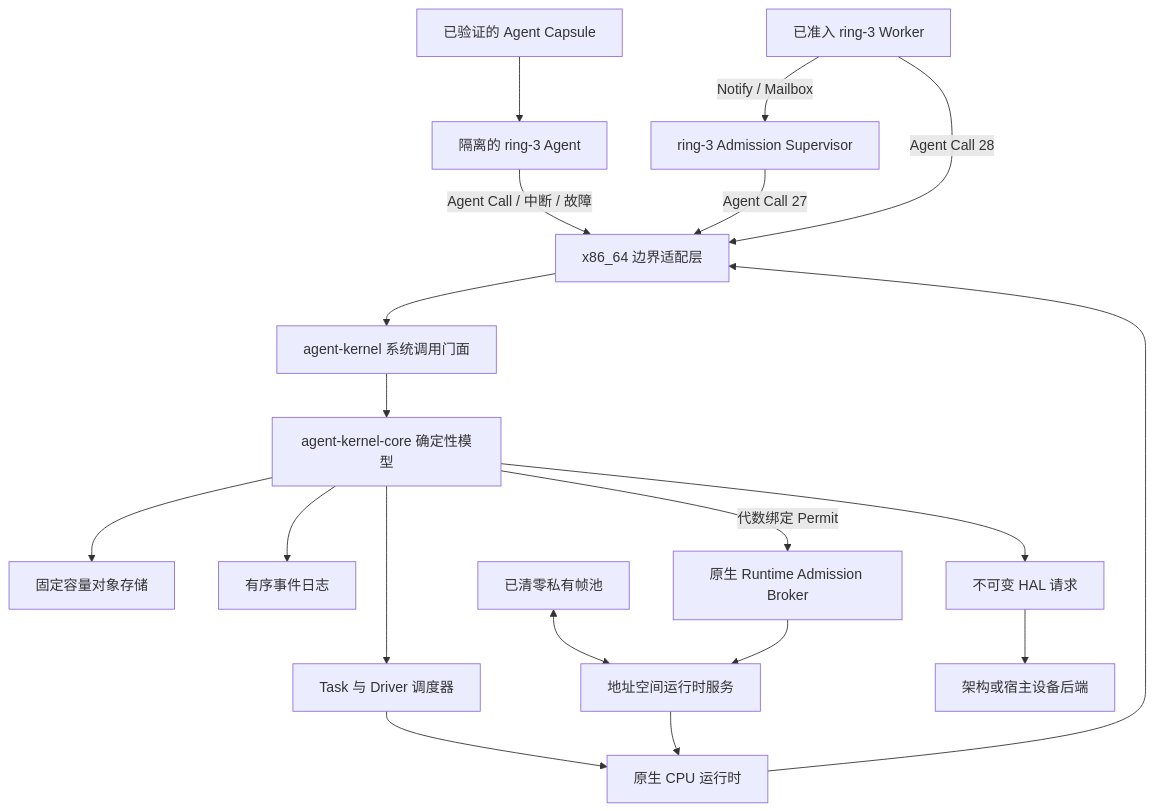
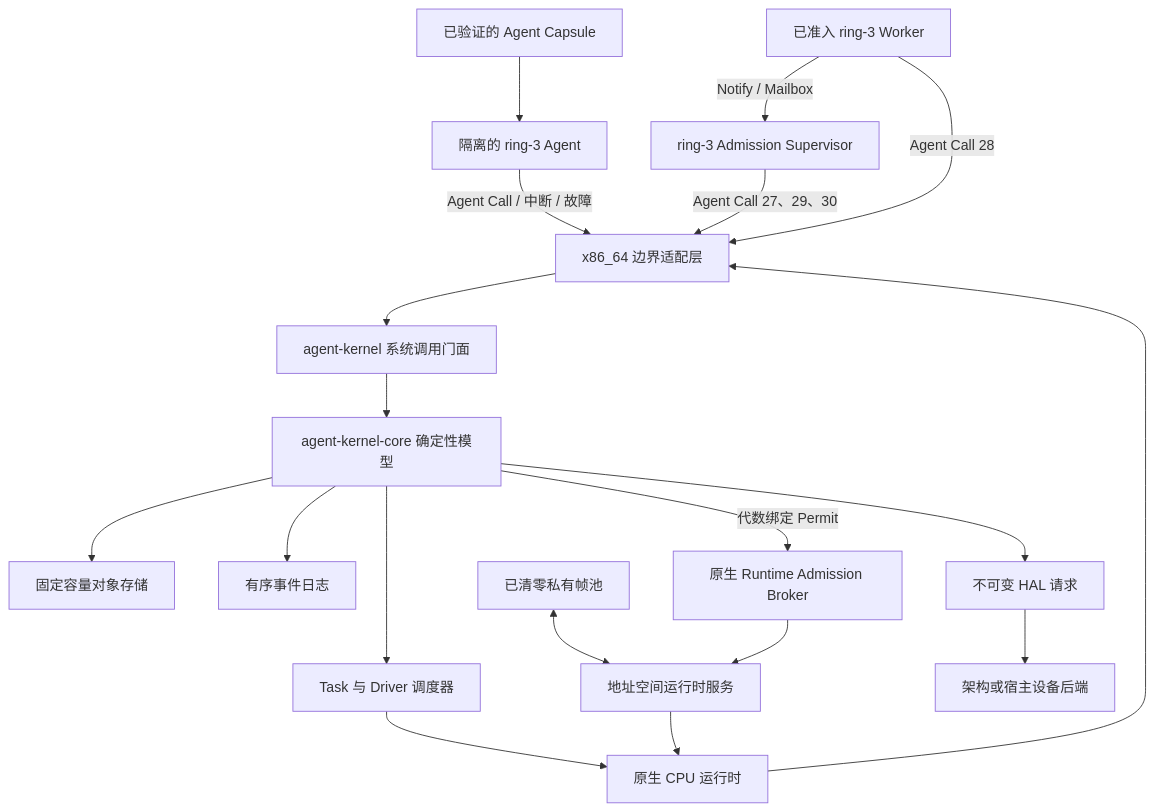
The diagram in README.zh-CN.md (Evan-master/agent-kernel), drawn with Mermaid before and after one commit. The commit also changed other lines of this file and 42 other files, not shown here.

````diff
--- a/README.zh-CN.md
+++ b/README.zh-CN.md
@@ -142,21 +147,21 @@
 ```mermaid
 flowchart TB
     Capsule["已验证的 Agent Capsule"] --> Ring3["隔离的 ring-3 Agent"]
     Ring3 -->|"Agent Call / 中断 / 故障"| X86["x86_64 边界适配层"]
     X86 --> Facade["agent-kernel 系统调用门面"]
     Facade --> Core["agent-kernel-core 确定性模型"]
     Core --> Stores["固定容量对象存储"]
     Core --> Events["有序事件日志"]
     Core --> Scheduler["Task 与 Driver 调度器"]
     Scheduler --> Runtime["原生 CPU 运行时"]
     Runtime --> X86
     FramePool["已清零私有帧池"] <--> AddressService["地址空间运行时服务"]
     Broker["原生 Runtime Admission Broker"] --> AddressService
     Core -->|"代数绑定 Permit"| Broker
     AddressService --> Runtime
     Core --> HAL["不可变 HAL 请求"]
     HAL --> Device["架构或宿主设备后端"]
-    Supervisor["ring-3 Admission Supervisor"] -->|"Agent Call 27"| X86
+    Supervisor["ring-3 Admission Supervisor"] -->|"Agent Call 27、29、30"| X86
     Workers["已准入 ring-3 Worker"] -->|"Agent Call 28"| X86
     Workers -->|"Notify / Mailbox"| Supervisor
 ```
````
